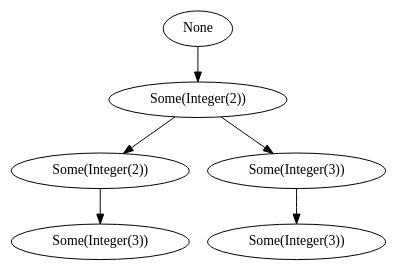
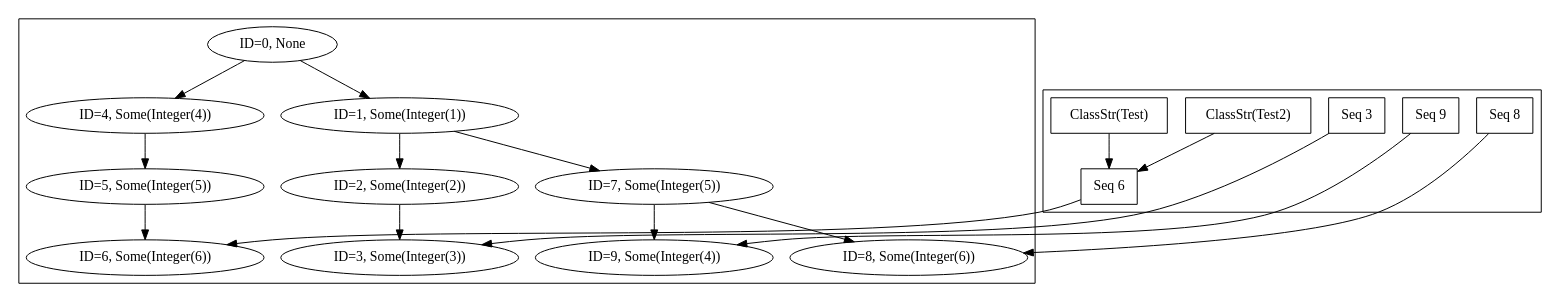
One commit to mxm-tr/cpt-rust changed the diagram in test.dot. Above: the diagram before and after it, drawn with Graphviz. The commit also changed 9 other files, not shown here.

Commit message:
First working example of python bindings for .train() and .match_sequence()

```diff
--- a/test.dot
+++ b/test.dot
@@ -1,13 +1,34 @@
-digraph  CPT { 
-0[label="None"];
+digraph  Result { 
+subgraph cluster_cpt {0[label="ID=0, None"];
 0 -> 1;
-1[label="Some(Integer(2))"];
+0 -> 4;
+1[label="ID=1, Some(Integer(1))"];
 1 -> 2;
-1 -> 4;
-2[label="Some(Integer(2))"];
+1 -> 7;
+2[label="ID=2, Some(Integer(2))"];
 2 -> 3;
-3[label="Some(Integer(3))"];
-4[label="Some(Integer(3))"];
+3[label="ID=3, Some(Integer(3))"];
+4[label="ID=4, Some(Integer(4))"];
 4 -> 5;
-5[label="Some(Integer(3))"];
+5[label="ID=5, Some(Integer(5))"];
+5 -> 6;
+6[label="ID=6, Some(Integer(6))"];
+7[label="ID=7, Some(Integer(5))"];
+7 -> 8;
+7 -> 9;
+8[label="ID=8, Some(Integer(6))"];
+9[label="ID=9, Some(Integer(4))"];
 }
+subgraph cluster_seq {seq0[label="Seq 9"; shape="rectangle"];
+seq0 -> 9;
+seq1[label="Seq 3"; shape="rectangle"];
+seq1 -> 3;
+seq2[label="Seq 6"; shape="rectangle"];
+seq2 -> 6;
+seq_attr2_0[label="ClassStr(Test)"; shape="rectangle"];
+seq_attr2_0 -> seq2;
+seq_attr2_1[label="ClassStr(Test2)"; shape="rectangle"];
+seq_attr2_1 -> seq2;
+seq3[label="Seq 8"; shape="rectangle"];
+seq3 -> 8;
+}}
```
